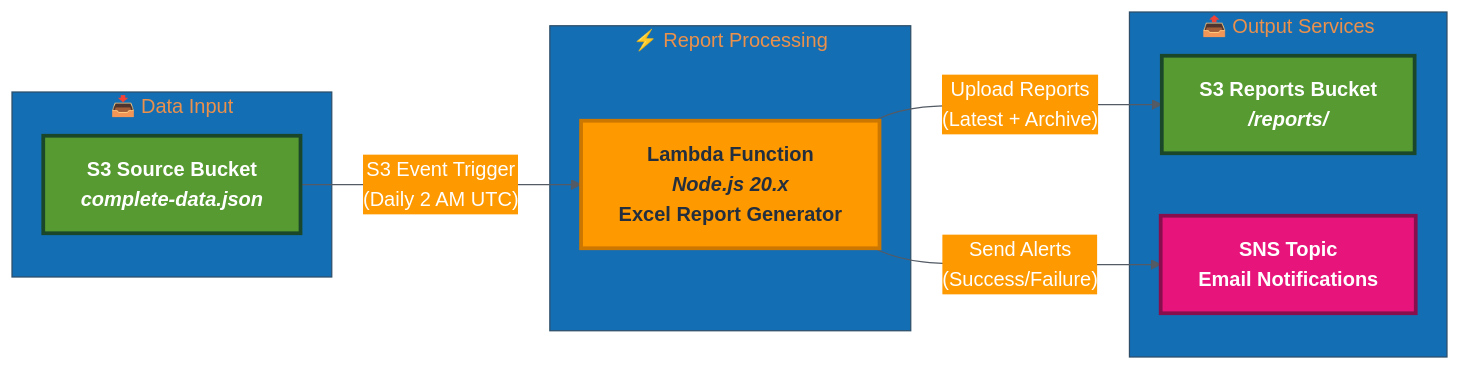
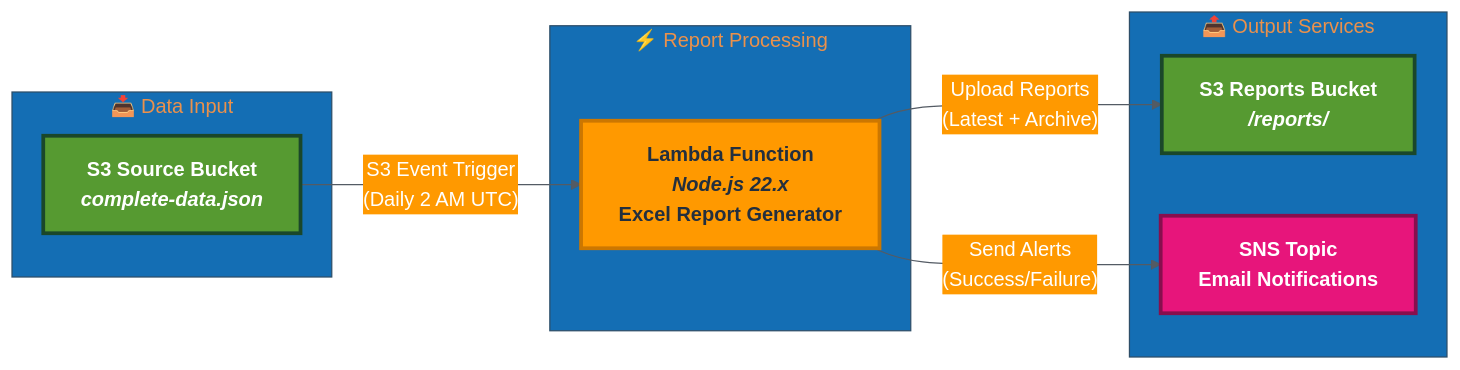
One commit to jxman/nodejs-aws-reporter changed the diagram in README.md. Above: the diagram before and after it, drawn with Mermaid. The commit also changed other lines of this file and 5 other files, not shown here.

First line of the commit message:
chore: Upgrade Lambda runtime from Node.js 20.x to Node.js 22.x

````diff
--- a/README.md
+++ b/README.md
@@ -28,28 +28,28 @@
 ```mermaid
 %%{init: {'theme':'base', 'themeVariables': { 'primaryColor':'#232F3E','primaryTextColor':'#fff','primaryBorderColor':'#FF9900','lineColor':'#545B64','secondaryColor':'#FF9900','tertiaryColor':'#146EB4'}}}%%
 graph LR
     subgraph Input["📥 Data Input"]
         S3_IN["<b>S3 Source Bucket</b><br/><i>complete-data.json</i>"]
     end
 
     subgraph Processing["⚡ Report Processing"]
-        LAMBDA["<b>Lambda Function</b><br/><i>Node.js 20.x</i><br/>Excel Report Generator"]
+        LAMBDA["<b>Lambda Function</b><br/><i>Node.js 22.x</i><br/>Excel Report Generator"]
     end
 
     subgraph Output["📤 Output Services"]
         S3_OUT["<b>S3 Reports Bucket</b><br/><i>/reports/</i>"]
         SNS["<b>SNS Topic</b><br/>Email Notifications"]
     end
 
     S3_IN -->|"S3 Event Trigger<br/>(Daily 2 AM UTC)"| LAMBDA
     LAMBDA -->|"Upload Reports<br/>(Latest + Archive)"| S3_OUT
     LAMBDA -->|"Send Alerts<br/>(Success/Failure)"| SNS
 
     classDef s3Style fill:#569A31,stroke:#1A472A,stroke-width:3px,color:#fff,font-weight:bold
     classDef lambdaStyle fill:#FF9900,stroke:#CC7700,stroke-width:3px,color:#232F3E,font-weight:bold
     classDef snsStyle fill:#E7157B,stroke:#870F4E,stroke-width:3px,color:#fff,font-weight:bold
 
     class S3_IN,S3_OUT s3Style
     class LAMBDA lambdaStyle
     class SNS snsStyle
 ```
````
